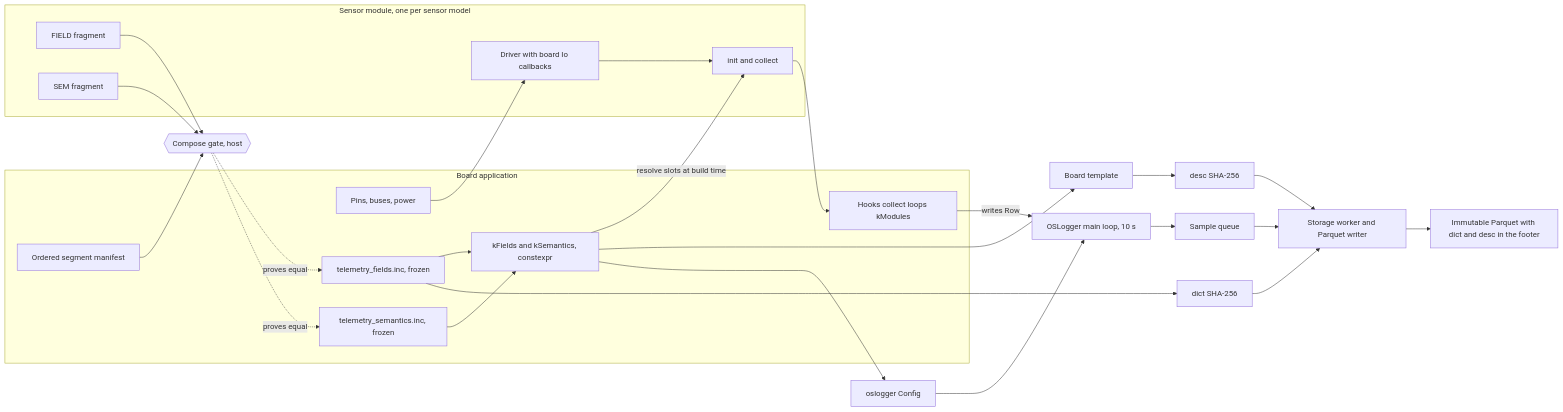
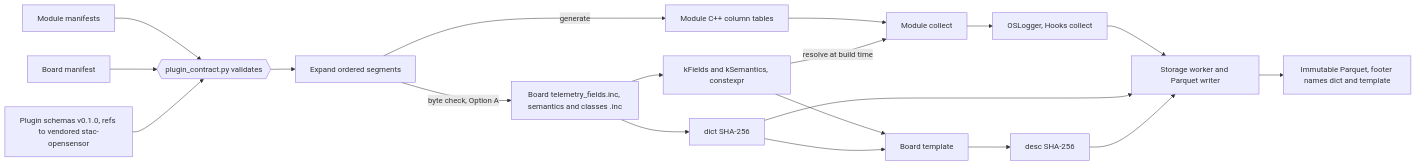
Before and after one commit to walkthru-earth/aq-parquet: the diagram in docs/shared/sensor-plugins.md, drawn with Mermaid. The commit also changed other lines of this file and 2 other files, not shown here.

First line of the commit message:
Rebuild the sensor plugin proposal around a versioned manifest contract (#111)

````diff
--- a/docs/shared/sensor-plugins.md
+++ b/docs/shared/sensor-plugins.md
@@ -404,38 +427,21 @@
 ```mermaid
 flowchart LR
-  subgraph MOD["Sensor module, one per sensor model"]
-    DRV["Driver with board Io callbacks"]
-    OPS["init and collect"]
-    FF["FIELD fragment"]
-    SF["SEM fragment"]
-    DRV --> OPS
-  end
-  subgraph BRD["Board application"]
-    PINS["Pins, buses, power"]
-    MAN["Ordered segment manifest"]
-    INC["telemetry_fields.inc, frozen"]
-    SEMINC["telemetry_semantics.inc, frozen"]
-    KF["kFields and kSemantics, constexpr"]
-    HOOK["Hooks collect loops kModules"]
-  end
-  GATE{{"Compose gate, host"}}
-  PINS --> DRV
-  FF --> GATE
-  SF --> GATE
-  MAN --> GATE
-  GATE -. "proves equal" .-> INC
-  GATE -. "proves equal" .-> SEMINC
-  INC --> KF
-  SEMINC --> KF
-  KF -- "resolve slots at build time" --> OPS
-  OPS --> HOOK
+  MM["Module manifests"] --> V
+  BM["Board manifest"] --> V
+  S["Plugin schemas v0.1.0, refs to vendored stac-opensensor"] --> V
+  V{{"plugin_contract.py validates"}} --> X["Expand ordered segments"]
+  X -- "byte check, Option A" --> INC["Board telemetry_fields.inc, semantics and classes .inc"]
+  X -- "generate" --> HDR["Module C++ column tables"]
   INC --> DICT["dict SHA-256"]
-  KF --> TPL["Board template"] --> DESC["desc SHA-256"]
-  KF --> CFG["oslogger Config"]
-  CFG --> LOG["OSLogger main loop, 10 s"]
-  HOOK -- "writes Row" --> LOG
-  LOG --> Q["Sample queue"] --> W["Storage worker and Parquet writer"]
+  INC --> KF["kFields and kSemantics, constexpr"]
+  HDR --> MOD["Module collect"]
+  KF -- "resolve at build time" --> MOD
+  KF --> TPL["Board template"]
+  DICT --> TPL
+  TPL --> DESC["desc SHA-256"]
+  MOD --> LOG["OSLogger, Hooks collect"]
+  LOG --> W["Storage worker and Parquet writer"]
   DICT --> W
   DESC --> W
-  W --> PQ["Immutable Parquet with dict and desc in the footer"]
+  W --> PQ["Immutable Parquet, footer names dict and template"]
 ```
````
